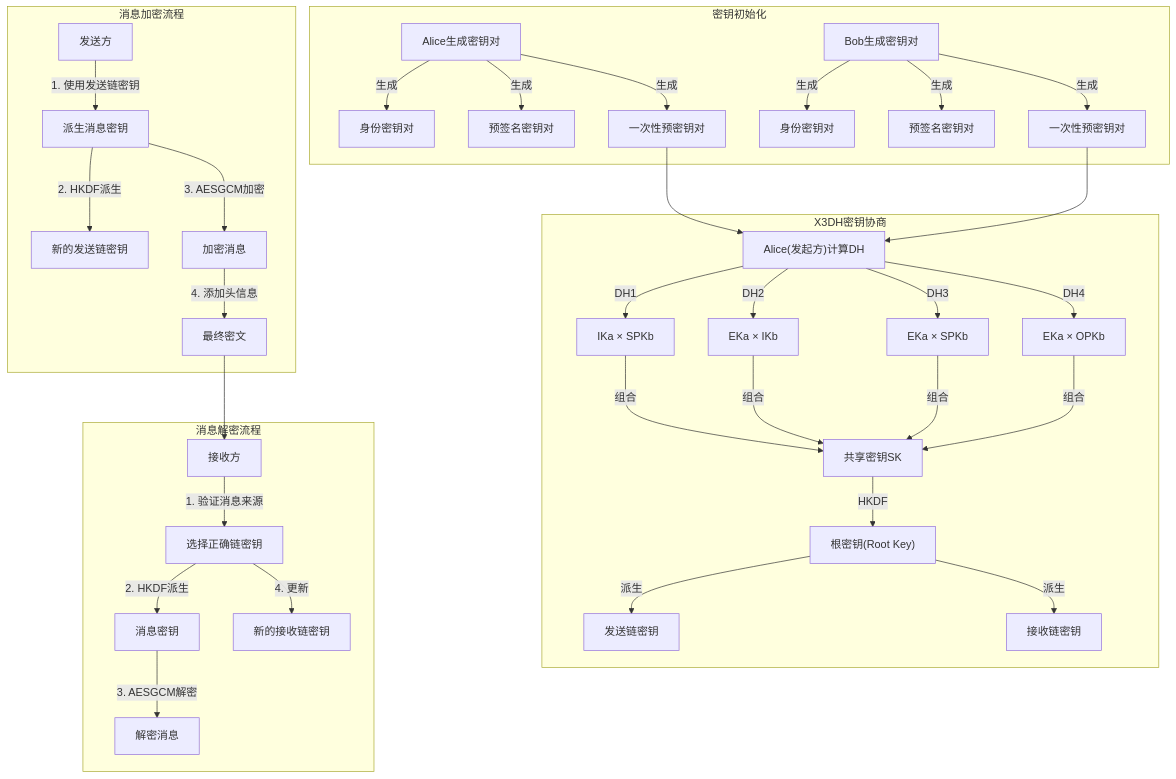
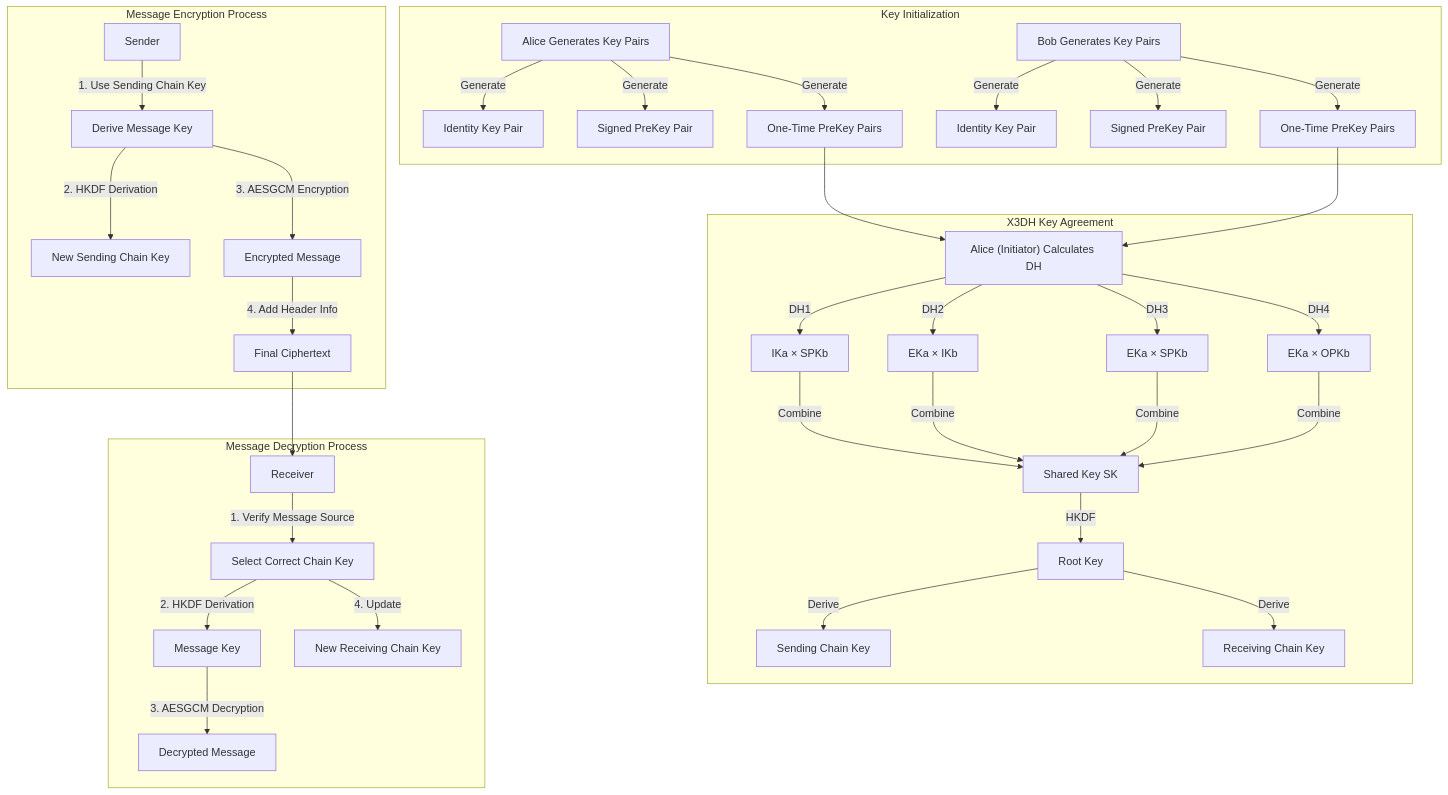
Before and after one commit to NiceAsiv/ChatE2E: the diagram in README.md, drawn with Mermaid. The commit also changed other lines of this file and 5 other files, not shown here.

````diff
--- a/README.md
+++ b/README.md
@@ -8,43 +10,43 @@
 ```mermaid
 graph TB
-    subgraph "密钥初始化"
-        A1["Alice生成密钥对"] -->|生成| A2["身份密钥对"]
-        A1 -->|生成| A3["预签名密钥对"]
-        A1 -->|生成| A4["一次性预密钥对"]
+    subgraph "Key Initialization"
+        A1["Alice Generates Key Pairs"] -->|Generate| A2["Identity Key Pair"]
+        A1 -->|Generate| A3["Signed PreKey Pair"]
+        A1 -->|Generate| A4["One-Time PreKey Pairs"]
         
-        B1["Bob生成密钥对"] -->|生成| B2["身份密钥对"]
-        B1 -->|生成| B3["预签名密钥对"]
-        B1 -->|生成| B4["一次性预密钥对"]
+        B1["Bob Generates Key Pairs"] -->|Generate| B2["Identity Key Pair"]
+        B1 -->|Generate| B3["Signed PreKey Pair"]
+        B1 -->|Generate| B4["One-Time PreKey Pairs"]
     end
 
-    subgraph "X3DH密钥协商"
-        I1["Alice(发起方)计算DH"] -->|DH1| I2["IKa × SPKb"]
+    subgraph "X3DH Key Agreement"
+        I1["Alice (Initiator) Calculates DH"] -->|DH1| I2["IKa × SPKb"]
         I1 -->|DH2| I3["EKa × IKb"]
         I1 -->|DH3| I4["EKa × SPKb"]
         I1 -->|DH4| I5["EKa × OPKb"]
         
-        I2 & I3 & I4 & I5 -->|组合| SK1["共享密钥SK"]
+        I2 & I3 & I4 & I5 -->|Combine| SK1["Shared Key SK"]
         
-        SK1 -->|HKDF| RK1["根密钥(Root Key)"]
-        RK1 -->|派生| CK1["发送链密钥"]
-        RK1 -->|派生| CK2["接收链密钥"]
+        SK1 -->|HKDF| RK1["Root Key"]
+        RK1 -->|Derive| CK1["Sending Chain Key"]
+        RK1 -->|Derive| CK2["Receiving Chain Key"]
     end
 
-    subgraph "消息加密流程"
-        M1["发送方"] -->|"1. 使用发送链密钥"| M2["派生消息密钥"]
-        M2 -->|"2. HKDF派生"| M3["新的发送链密钥"]
-        M2 -->|"3. AESGCM加密"| M4["加密消息"]
-        M4 -->|"4. 添加头信息"| M5["最终密文"]
+    subgraph "Message Encryption Process"
+        M1["Sender"] -->|"1. Use Sending Chain Key"| M2["Derive Message Key"]
+        M2 -->|"2. HKDF Derivation"| M3["New Sending Chain Key"]
+        M2 -->|"3. AESGCM Encryption"| M4["Encrypted Message"]
+        M4 -->|"4. Add Header Info"| M5["Final Ciphertext"]
     end
 
-    subgraph "消息解密流程"
-        D1["接收方"] -->|"1. 验证消息来源"| D2["选择正确链密钥"]
-        D2 -->|"2. HKDF派生"| D3["消息密钥"]
-        D3 -->|"3. AESGCM解密"| D4["解密消息"]
-        D2 -->|"4. 更新"| D5["新的接收链密钥"]
+    subgraph "Message Decryption Process"
+        D1["Receiver"] -->|"1. Verify Message Source"| D2["Select Correct Chain Key"]
+        D2 -->|"2. HKDF Derivation"| D3["Message Key"]
+        D3 -->|"3. AESGCM Decryption"| D4["Decrypted Message"]
+        D2 -->|"4. Update"| D5["New Receiving Chain Key"]
     end
 
     A4 --> I1
     B4 --> I1
     M5 --> D1
 ```
````
